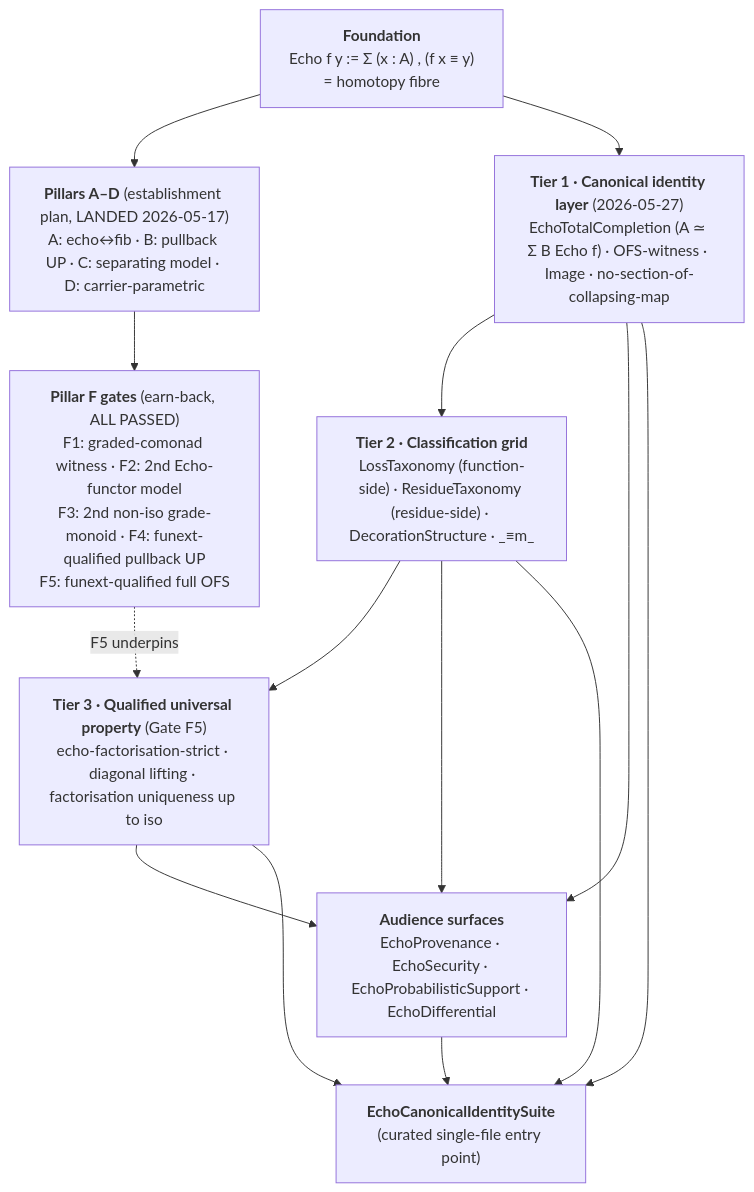
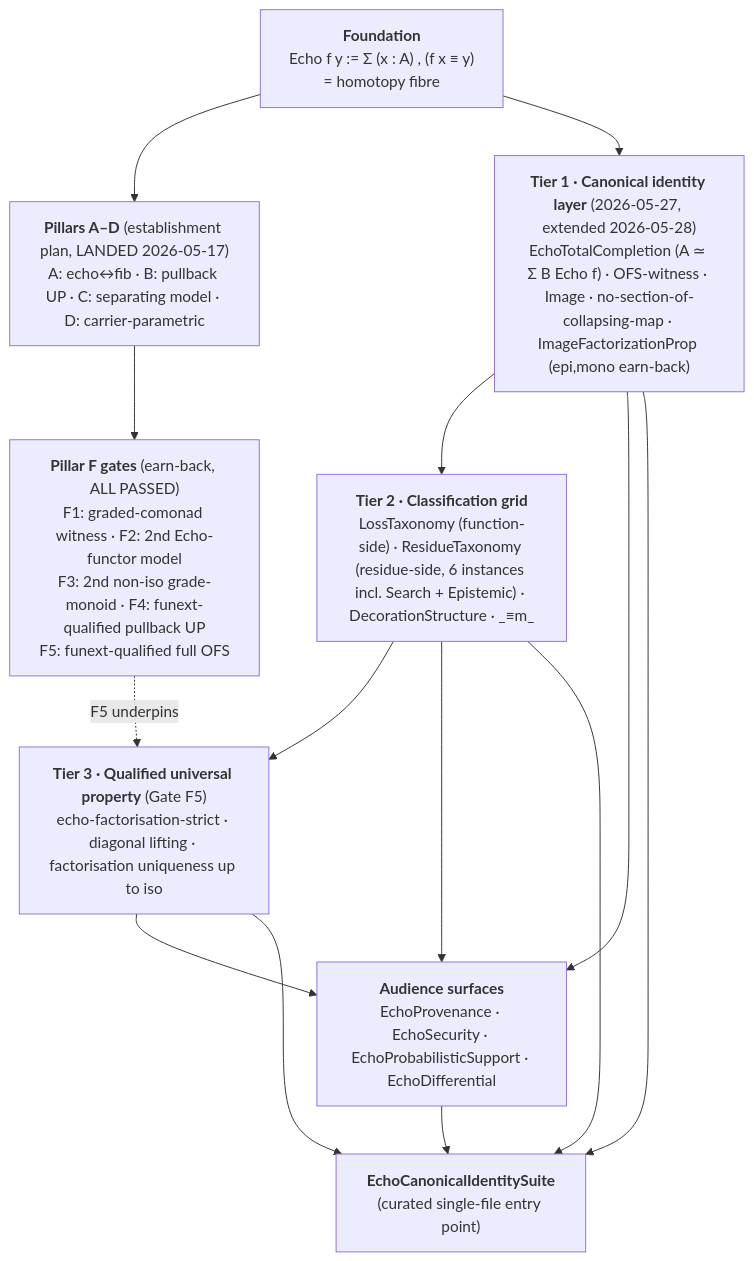
Before and after one commit to hyperpolymath/echo-types: the diagram in README.md, drawn with Mermaid. The commit also changed 4 other files, not shown here.

````diff
--- a/README.md
+++ b/README.md
@@ -30,25 +30,25 @@
 ```mermaid
 flowchart TD
     F["<b>Foundation</b><br/>Echo f y := Σ (x : A) , (f x ≡ y)<br/>= homotopy fibre"]
     AD["<b>Pillars A–D</b> (establishment plan, LANDED 2026-05-17)<br/>A: echo↔fib · B: pullback UP · C: separating model · D: carrier-parametric"]
     PF["<b>Pillar F gates</b> (earn-back, ALL PASSED)<br/>F1: graded-comonad witness · F2: 2nd Echo-functor model<br/>F3: 2nd non-iso grade-monoid · F4: funext-qualified pullback UP<br/>F5: funext-qualified full OFS"]
-    T1["<b>Tier 1 · Canonical identity layer</b> (2026-05-27)<br/>EchoTotalCompletion (A ≃ Σ B Echo f) · OFS-witness · Image · no-section-of-collapsing-map"]
-    T2["<b>Tier 2 · Classification grid</b><br/>LossTaxonomy (function-side) · ResidueTaxonomy (residue-side) · DecorationStructure · _≡m_"]
+    T1["<b>Tier 1 · Canonical identity layer</b> (2026-05-27, extended 2026-05-28)<br/>EchoTotalCompletion (A ≃ Σ B Echo f) · OFS-witness · Image · no-section-of-collapsing-map · ImageFactorizationProp (epi,mono earn-back)"]
+    T2["<b>Tier 2 · Classification grid</b><br/>LossTaxonomy (function-side) · ResidueTaxonomy (residue-side, 6 instances incl. Search + Epistemic) · DecorationStructure · _≡m_"]
     T3["<b>Tier 3 · Qualified universal property</b> (Gate F5)<br/>echo-factorisation-strict · diagonal lifting · factorisation uniqueness up to iso"]
     AUD["<b>Audience surfaces</b><br/>EchoProvenance · EchoSecurity · EchoProbabilisticSupport · EchoDifferential"]
     SUITE["<b>EchoCanonicalIdentitySuite</b><br/>(curated single-file entry point)"]
 
     F --> AD
     AD --> PF
     F --> T1
     T1 --> T2
     T2 --> T3
     PF -.->|F5 underpins| T3
     T1 --> AUD
     T2 --> AUD
     T3 --> AUD
     T1 --> SUITE
     T2 --> SUITE
     T3 --> SUITE
     AUD --> SUITE
 ```
````
